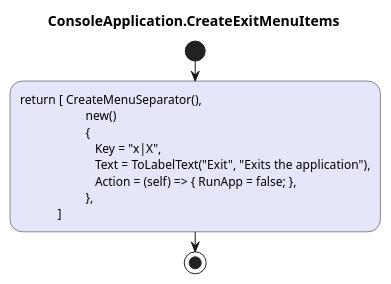
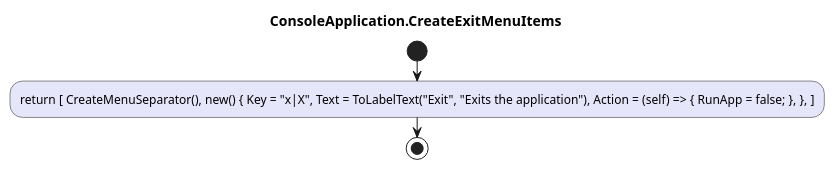
One commit to leoggehrer/CommonTool changed the diagram in CommonTool/diagrams/ac_ConsoleApplication_CreateExitMenuItems.puml. Above: the diagram before and after it, drawn with PlantUML. The commit also changed 17 other files, not shown here.

```diff
--- a/CommonTool/diagrams/ac_ConsoleApplication_CreateExitMenuItems.puml
+++ b/CommonTool/diagrams/ac_ConsoleApplication_CreateExitMenuItems.puml
@@ -1,13 +1,6 @@
 @startuml ConsoleApplication.CreateExitMenuItems
 title ConsoleApplication.CreateExitMenuItems
 start
-#Lavender:return [ CreateMenuSeparator(),
-                     new()
-                     {
-                        Key = "x|X",
-                        Text = ToLabelText("Exit", "Exits the application"),
-                        Action = (self) => { RunApp = false; },
-                     },
-            ];
+#Lavender:return [ CreateMenuSeparator(), new() { Key = "x|X", Text = ToLabelText("Exit", "Exits the application"), Action = (self) => { RunApp = false; }, }, ];
 stop
 @enduml
```
